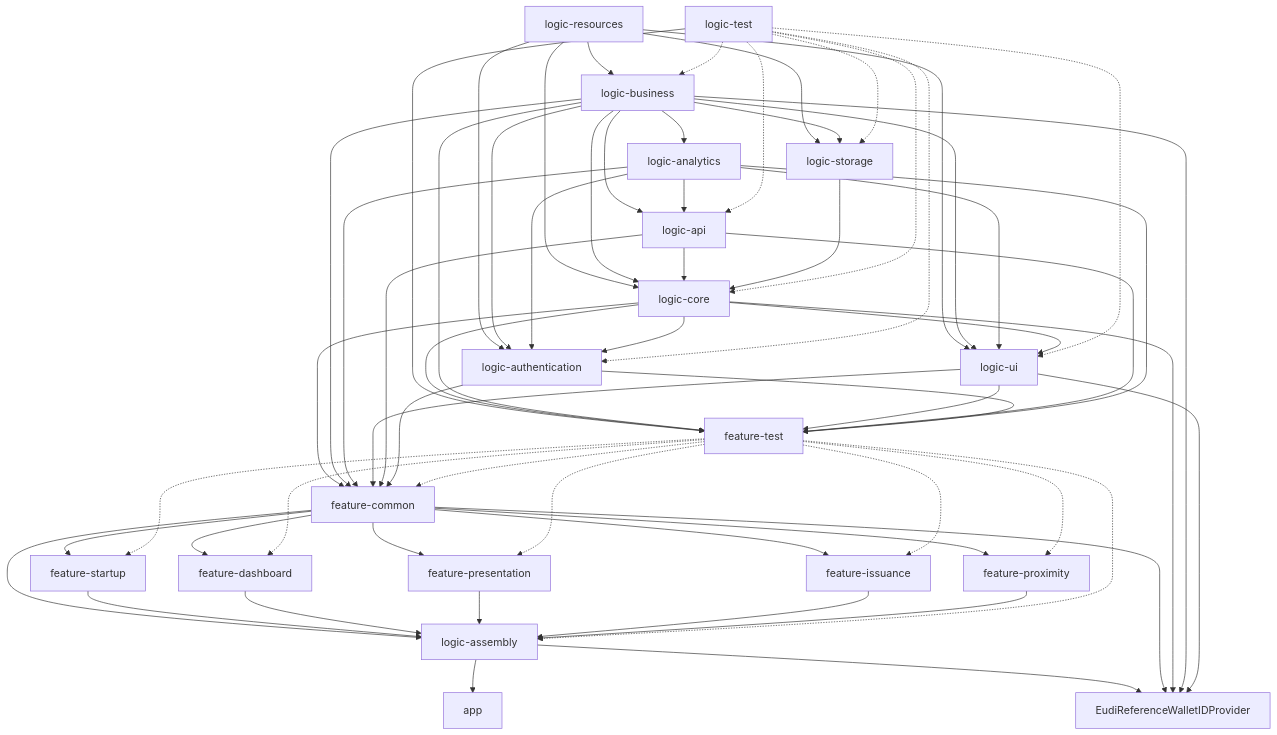
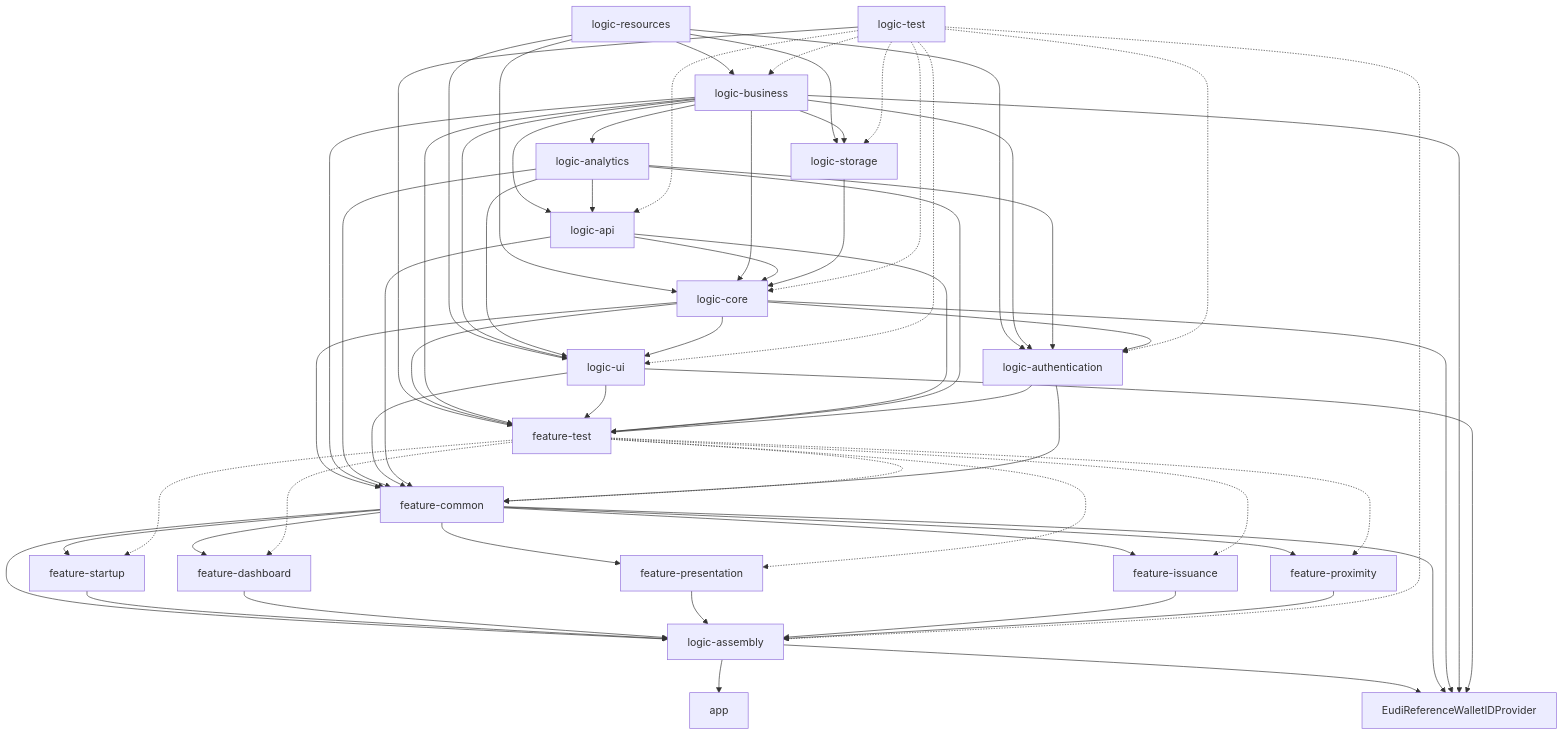
The diagram in README.md (niscy-eudiw/eudi-app-ios-wallet-ui), drawn with Mermaid before and after one commit. The commit also changed 3 other files, not shown here.

````diff
--- a/README.md
+++ b/README.md
@@ -257,78 +257,78 @@
 ```mermaid
 graph TD;
 
   logic-resources --> logic-business
   logic-resources --> logic-storage
   logic-resources --> logic-core
   logic-resources --> logic-ui
   logic-resources --> logic-authentication
 
   logic-business --> logic-analytics
   logic-business --> logic-api
   logic-business --> logic-storage
   logic-business --> logic-core
   logic-business --> logic-ui
   logic-business --> logic-authentication
 
   logic-analytics --> logic-api
   logic-analytics --> logic-ui
   logic-analytics --> logic-authentication
 
   logic-api --> logic-core
   logic-storage --> logic-core
 
   logic-core --> logic-ui
   logic-core --> logic-authentication
 
   logic-core --> feature-common
   logic-business --> feature-common
   logic-analytics --> feature-common
   logic-ui --> feature-common
   logic-api --> feature-common
   logic-authentication --> feature-common
 
   feature-common --> feature-startup
   feature-common --> feature-dashboard
   feature-common --> feature-presentation
   feature-common --> feature-issuance
   feature-common --> feature-proximity
 
   feature-common --> logic-assembly
   feature-startup --> logic-assembly
   feature-dashboard --> logic-assembly
   feature-presentation --> logic-assembly
   feature-issuance --> logic-assembly
   feature-proximity --> logic-assembly
 
   logic-assembly --> app
 
   logic-assembly --> EudiReferenceWalletIDProvider
   feature-common --> EudiReferenceWalletIDProvider
   logic-core --> EudiReferenceWalletIDProvider
   logic-business --> EudiReferenceWalletIDProvider
   logic-ui --> EudiReferenceWalletIDProvider
 
   logic-test --> feature-test
   logic-core --> feature-test
   logic-business --> feature-test
   logic-ui --> feature-test
   logic-api --> feature-test
   logic-analytics --> feature-test
   logic-authentication --> feature-test
 
   logic-test -.-> logic-business
   logic-test -.-> logic-api
   logic-test -.-> logic-core
   logic-test -.-> logic-ui
   logic-test -.-> logic-authentication
   logic-test -.-> logic-storage
 
   feature-test -.-> feature-common
   feature-test -.-> feature-startup
   feature-test -.-> feature-dashboard
   feature-test -.-> feature-presentation
   feature-test -.-> feature-issuance
   feature-test -.-> feature-proximity
-  feature-test -.-> logic-assembly
+  logic-test -.-> logic-assembly
 
 ```
````
